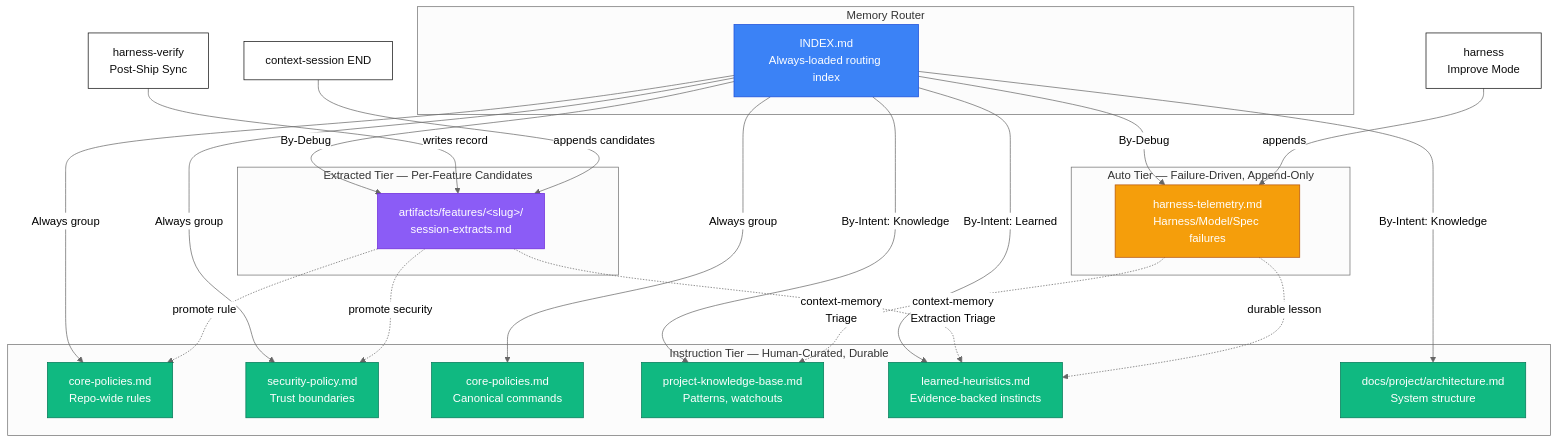
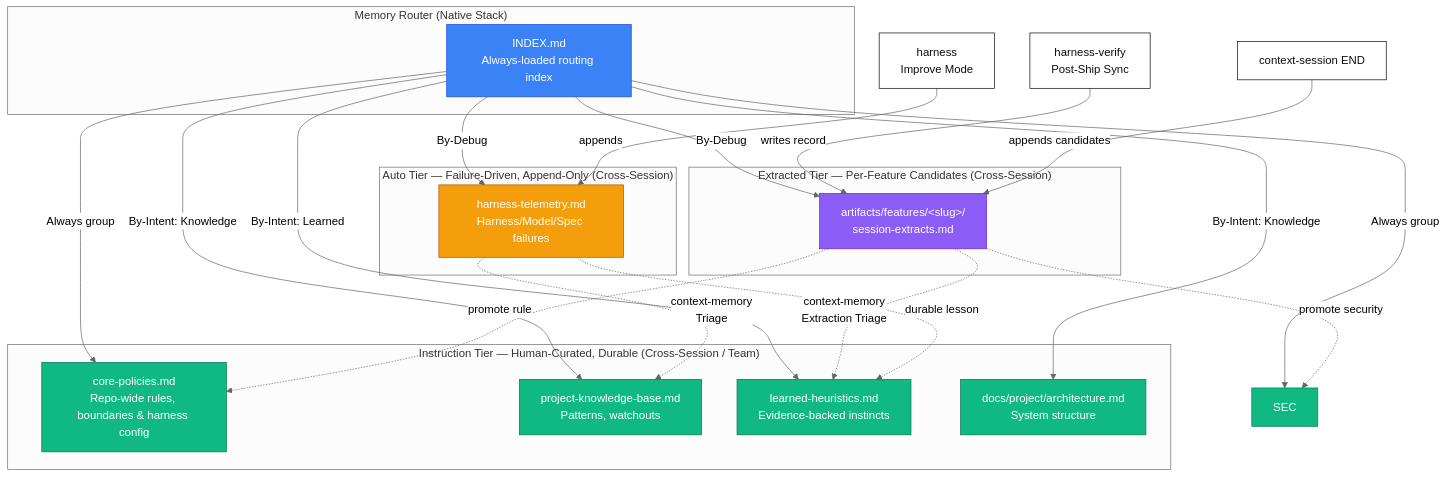
The third of 7 diagrams in documents/context-memory.md (thaihai-swe/CoreZero-Nexus), drawn with Mermaid (neutral theme) before and after one commit. The commit also changed other lines of this file and 95 other files, not shown here.

````diff
--- a/documents/context-memory.md
+++ b/documents/context-memory.md
@@ -175,59 +192,56 @@
 ```mermaid
 flowchart TD
     %% 3-Tier Memory Architecture (Instruction / Auto / Extracted)
 
-    subgraph INSTR["Instruction Tier — Human-Curated, Durable"]
-        CONST[core-policies.md<br/>Repo-wide rules]
-        SEC[security-policy.md<br/>Trust boundaries]
-        HARN[core-policies.md<br/>Canonical commands]
+    subgraph INSTR["Instruction Tier — Human-Curated, Durable (Cross-Session / Team)"]
+        CONST[core-policies.md<br/>Repo-wide rules, boundaries & harness config]
         PKB[project-knowledge-base.md<br/>Patterns, watchouts]
         HEUR[learned-heuristics.md<br/>Evidence-backed instincts]
         ARCH[docs/project/architecture.md<br/>System structure]
     end
 
-    subgraph AUTO["Auto Tier — Failure-Driven, Append-Only"]
+    subgraph AUTO["Auto Tier — Failure-Driven, Append-Only (Cross-Session)"]
         OBS[harness-telemetry.md<br/>Harness/Model/Spec failures]
     end
 
-    subgraph EXTR["Extracted Tier — Per-Feature Candidates"]
+    subgraph EXTR["Extracted Tier — Per-Feature Candidates (Cross-Session)"]
         EXT[artifacts/features/&lt;slug&gt;/<br/>session-extracts.md]
     end
 
-    subgraph ROUTER["Memory Router"]
+    subgraph ROUTER["Memory Router (Native Stack)"]
         IDX[INDEX.md<br/>Always-loaded routing index]
     end
 
     %% Routing
     IDX -->|Always group| CONST
     IDX -->|Always group| SEC
-    IDX -->|Always group| HARN
     IDX -->|By-Intent: Knowledge| PKB
     IDX -->|By-Intent: Knowledge| ARCH
     IDX -->|By-Intent: Learned| HEUR
     IDX -->|By-Debug| OBS
     IDX -->|By-Debug| EXT
 
     %% Promotion flow (extracted -> instruction)
     EXT -.->|context-memory<br/>Extraction Triage| HEUR
     EXT -.->|promote rule| CONST
     EXT -.->|promote security| SEC
     OBS -.->|context-memory<br/>Triage| PKB
     OBS -.->|durable lesson| HEUR
 
     %% Writers
     AIDV[harness-verify<br/>Post-Ship Sync] -->|writes record| EXT
     AIHN[harness<br/>Improve Mode] -->|appends| OBS
     AIDS[context-session END] -->|appends candidates| EXT
 
     classDef instr fill:#10b981,stroke:#047857,color:#fff
     classDef auto fill:#f59e0b,stroke:#b45309,color:#fff
     classDef extr fill:#8b5cf6,stroke:#6d28d9,color:#fff
     classDef router fill:#3b82f6,stroke:#1d4ed8,color:#fff
     classDef writer fill:#fff,stroke:#0d0d0d,color:#0d0d0d
 
-    class CONST,SEC,HARN,PKB,HEUR,ARCH instr
+    class CONST,SEC,PKB,HEUR,ARCH instr
     class OBS auto
     class EXT extr
     class IDX router
     class AIDV,AIHN,AIDS writer
 ```
````
